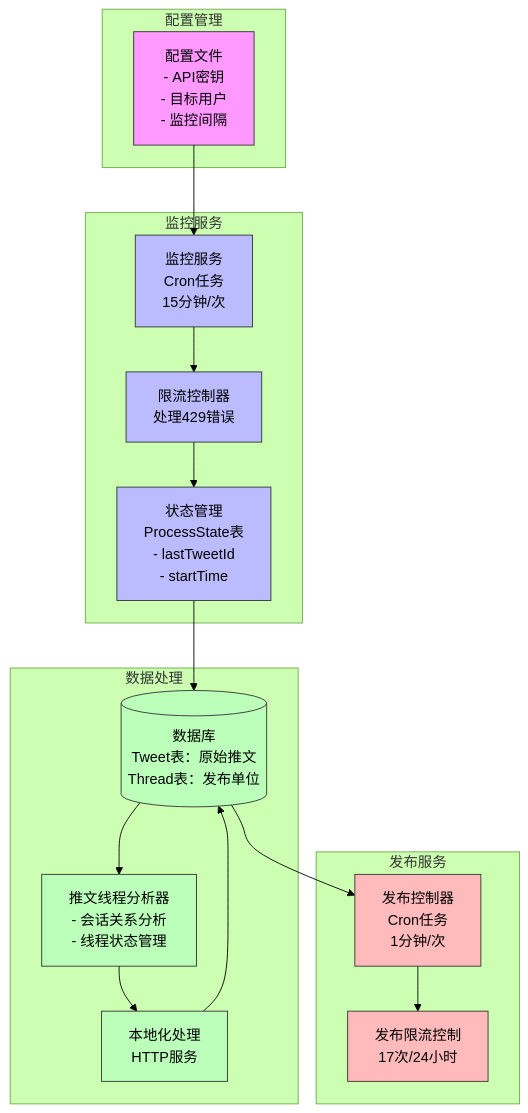
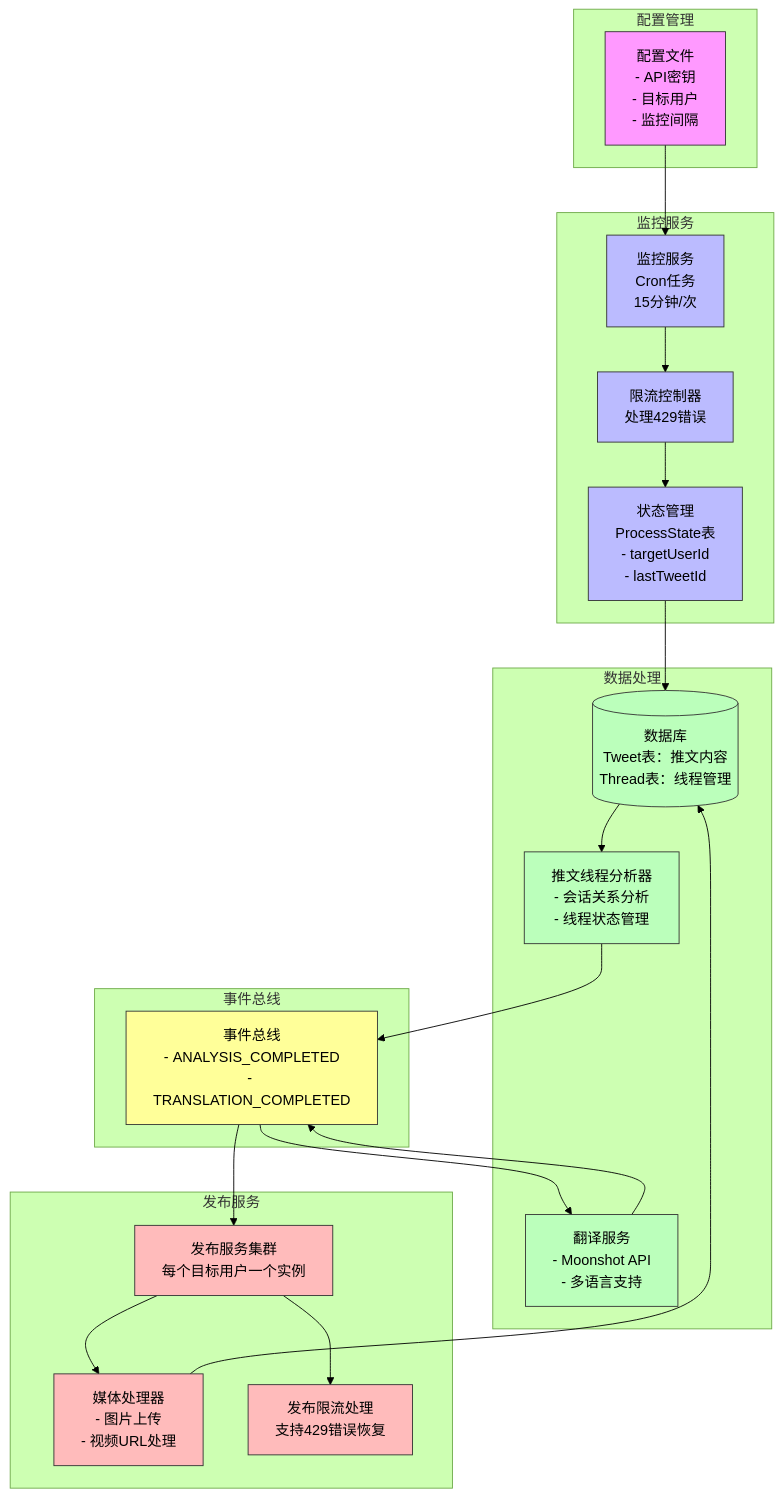
The diagram in docs/architecture.md (frmachao/twitter-mirror), drawn with Mermaid (forest theme) before and after one commit. The commit also changed other lines of this file and 18 other files, not shown here.

````diff
--- a/docs/architecture.md
+++ b/docs/architecture.md
@@ -1,43 +7,55 @@
 ```mermaid
 graph TB
     subgraph 配置管理
     Config[配置文件<br/>- API密钥<br/>- 目标用户<br/>- 监控间隔]
     end
 
     subgraph 监控服务
     Monitor[监控服务<br/>Cron任务<br/>15分钟/次]
     RateLimit[限流控制器<br/>处理429错误]
-    LastState[状态管理<br/>ProcessState表<br/>- lastTweetId<br/>- startTime]
+    ProcessState[状态管理<br/>ProcessState表<br/>- targetUserId<br/>- lastTweetId]
+    end
+
+    subgraph 事件总线
+    EventBus[事件总线<br/>- ANALYSIS_COMPLETED<br/>- TRANSLATION_COMPLETED]
     end
 
     subgraph 数据处理
     ThreadAnalyzer[推文线程分析器<br/>- 会话关系分析<br/>- 线程状态管理]
-    Translator[本地化处理<br/>HTTP服务]
-    DB[(数据库<br/>Tweet表：原始推文<br/>Thread表：发布单位)]
+    Translator[翻译服务<br/>- Moonshot API<br/>- 多语言支持]
+    DB[(数据库<br/>Tweet表：推文内容<br/>Thread表：线程管理)]
     end
 
     subgraph 发布服务
-    Publisher[发布控制器<br/>Cron任务<br/>1分钟/次]
-    PublishRateLimit[发布限流控制<br/>17次/24小时]
+    Publishers[发布服务集群<br/>每个目标用户一个实例]
+    MediaHandler[媒体处理器<br/>- 图片上传<br/>- 视频URL处理]
+    RateLimitHandler[发布限流处理<br/>支持429错误恢复]
     end
 
     Config --> Monitor
     Monitor --> RateLimit
-    RateLimit --> LastState
-    LastState --> DB
+    RateLimit --> ProcessState
+    ProcessState --> DB
+    
     DB --> ThreadAnalyzer
-    ThreadAnalyzer --> Translator
-    Translator --> DB
-    DB --> Publisher
-    Publisher --> PublishRateLimit
+    ThreadAnalyzer --> EventBus
+    EventBus --> Translator
+    Translator --> EventBus
+    EventBus --> Publishers
+    
+    Publishers --> MediaHandler
+    Publishers --> RateLimitHandler
+    MediaHandler --> DB
     
     classDef config fill:#f9f,stroke:#333
     classDef monitor fill:#bbf,stroke:#333
+    classDef eventbus fill:#ff9,stroke:#333
     classDef process fill:#bfb,stroke:#333
     classDef publish fill:#fbb,stroke:#333
     
     class Config config
-    class Monitor,RateLimit,LastState monitor
+    class Monitor,RateLimit,ProcessState monitor
+    class EventBus eventbus
     class ThreadAnalyzer,Translator,DB process
-    class Publisher,PublishRateLimit publish
-``` 
+    class Publishers,MediaHandler,RateLimitHandler publish
+```
````
